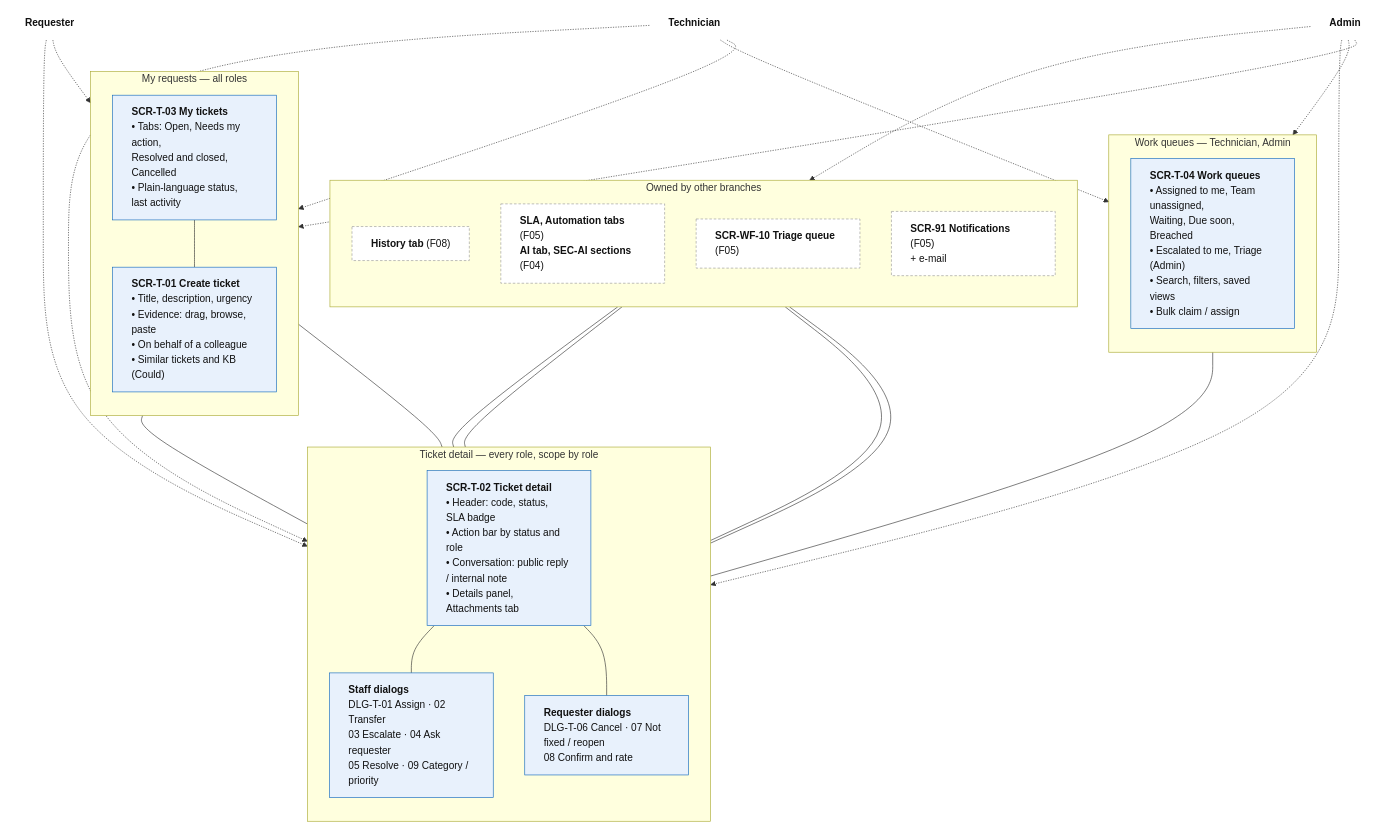
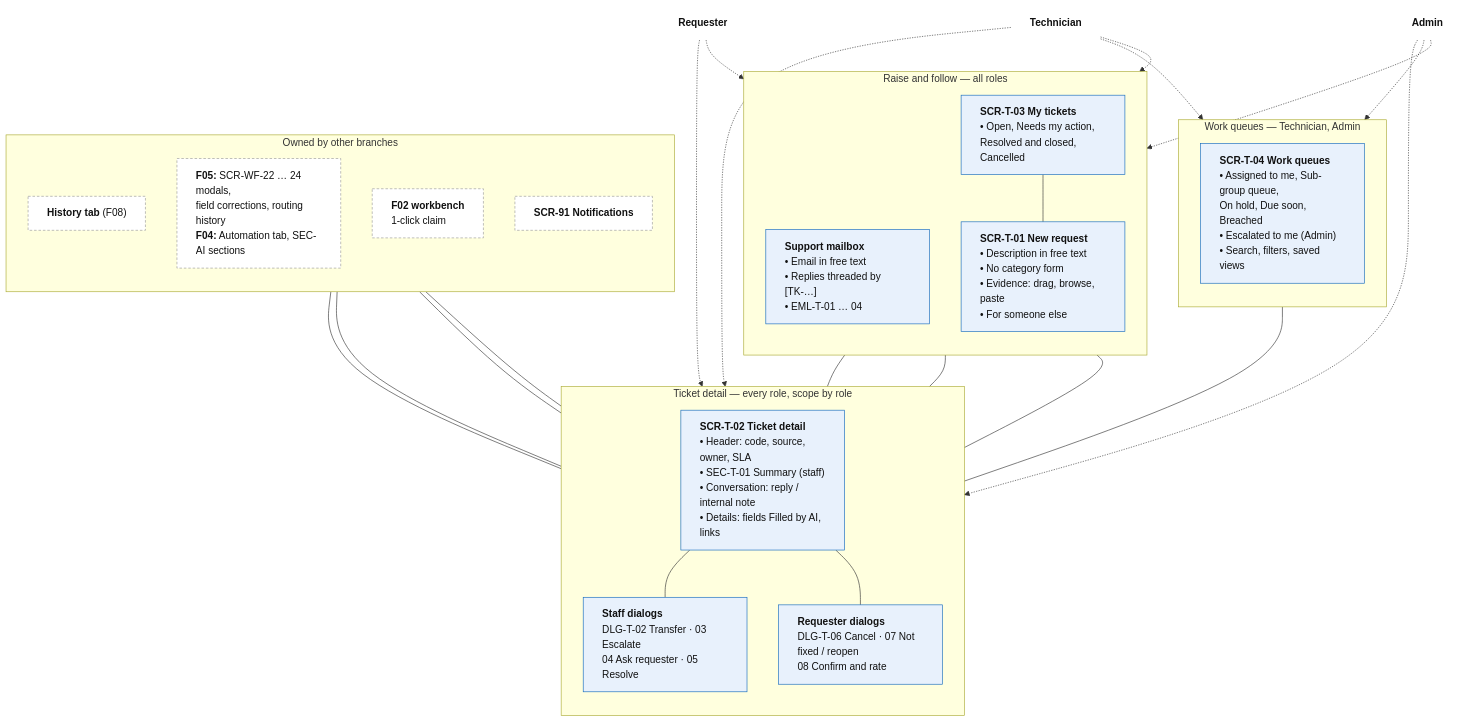
One commit to Akaza-ban/Fable changed the diagram in docs/f03-ticket-management/information-architecture/README.md. Above: the diagram before and after it, drawn with Mermaid. The commit also changed other lines of this file and 9 other files, not shown here.

Commit message:
docs: align with mindmap

````diff
--- a/docs/f03-ticket-management/information-architecture/README.md
+++ b/docs/f03-ticket-management/information-architecture/README.md
@@ -43,58 +48,59 @@
 ```mermaid
 flowchart TB
     req["<b>Requester</b>"]
     tech["<b>Technician</b>"]
     admin["<b>Admin</b>"]
 
-    subgraph mine["My requests — all roles"]
+    subgraph channel["Raise and follow — all roles"]
         direction TB
-        t03["<b>SCR-T-03 My tickets</b><br/>• Tabs: Open, Needs my action,<br/>Resolved and closed, Cancelled<br/>• Plain-language status, last activity"]
-        t01["<b>SCR-T-01 Create ticket</b><br/>• Title, description, urgency<br/>• Evidence: drag, browse, paste<br/>• On behalf of a colleague<br/>• Similar tickets and KB (Could)"]
+        mail["<b>Support mailbox</b><br/>• Email in free text<br/>• Replies threaded by [TK-…]<br/>• EML-T-01 … 04"]
+        t01["<b>SCR-T-01 New request</b><br/>• Description in free text<br/>• No category form<br/>• Evidence: drag, browse, paste<br/>• For someone else"]
+        t03["<b>SCR-T-03 My tickets</b><br/>• Open, Needs my action,<br/>Resolved and closed, Cancelled"]
     end
 
     subgraph work["Work queues — Technician, Admin"]
         direction TB
-        t04["<b>SCR-T-04 Work queues</b><br/>• Assigned to me, Team unassigned,<br/>Waiting, Due soon, Breached<br/>• Escalated to me, Triage (Admin)<br/>• Search, filters, saved views<br/>• Bulk claim / assign"]
+        t04["<b>SCR-T-04 Work queues</b><br/>• Assigned to me, Sub-group queue,<br/>On hold, Due soon, Breached<br/>• Escalated to me (Admin)<br/>• Search, filters, saved views"]
     end
 
     subgraph detail["Ticket detail — every role, scope by role"]
         direction TB
-        t02["<b>SCR-T-02 Ticket detail</b><br/>• Header: code, status, SLA badge<br/>• Action bar by status and role<br/>• Conversation: public reply / internal note<br/>• Details panel, Attachments tab"]
-        dlgStaff["<b>Staff dialogs</b><br/>DLG-T-01 Assign · 02 Transfer<br/>03 Escalate · 04 Ask requester<br/>05 Resolve · 09 Category / priority"]
+        t02["<b>SCR-T-02 Ticket detail</b><br/>• Header: code, source, owner, SLA<br/>• SEC-T-01 Summary (staff)<br/>• Conversation: reply / internal note<br/>• Details: fields Filled by AI, links"]
+        dlgStaff["<b>Staff dialogs</b><br/>DLG-T-02 Transfer · 03 Escalate<br/>04 Ask requester · 05 Resolve"]
         dlgReq["<b>Requester dialogs</b><br/>DLG-T-06 Cancel · 07 Not fixed / reopen<br/>08 Confirm and rate"]
     end
 
     subgraph others["Owned by other branches"]
         direction TB
         hist["<b>History tab</b> (F08)"]
-        wf["<b>SLA, Automation tabs</b> (F05)<br/><b>AI tab, SEC-AI sections</b> (F04)"]
-        triage["<b>SCR-WF-10 Triage queue</b> (F05)"]
-        notif["<b>SCR-91 Notifications</b> (F05)<br/>+ e-mail"]
+        wf["<b>F05:</b> SCR-WF-22 … 24 modals,<br/>field corrections, routing history<br/><b>F04:</b> Automation tab, SEC-AI sections"]
+        wb["<b>F02 workbench</b><br/>1-click claim"]
+        notif["<b>SCR-91 Notifications</b>"]
     end
 
+    mail --- t02
     t03 --- t01
     t03 --- t02
     t01 --- t02
     t04 --- t02
     t02 --- dlgStaff & dlgReq
     t02 --- hist & wf
-    triage --- t02
+    wb --- t02
     notif --- t02
 
-    req -.-> mine
+    req -.-> channel
     req -.-> detail
-    tech -.-> mine
+    tech -.-> channel
     tech -.-> work
     tech -.-> detail
-    admin -.-> mine
+    admin -.-> channel
     admin -.-> work
     admin -.-> detail
-    admin -.-> triage
 
     classDef actor fill:none,stroke:none,color:#111
     classDef f03 fill:#e8f1fc,color:#111,stroke:#1168bd,text-align:left
     classDef ext fill:#fff,color:#111,stroke:#999,stroke-dasharray:4 3,text-align:left
     class req,tech,admin actor
-    class t01,t02,t03,t04,dlgStaff,dlgReq f03
-    class hist,wf,triage,notif ext
+    class mail,t01,t02,t03,t04,dlgStaff,dlgReq f03
+    class hist,wf,wb,notif ext
 ```
````
